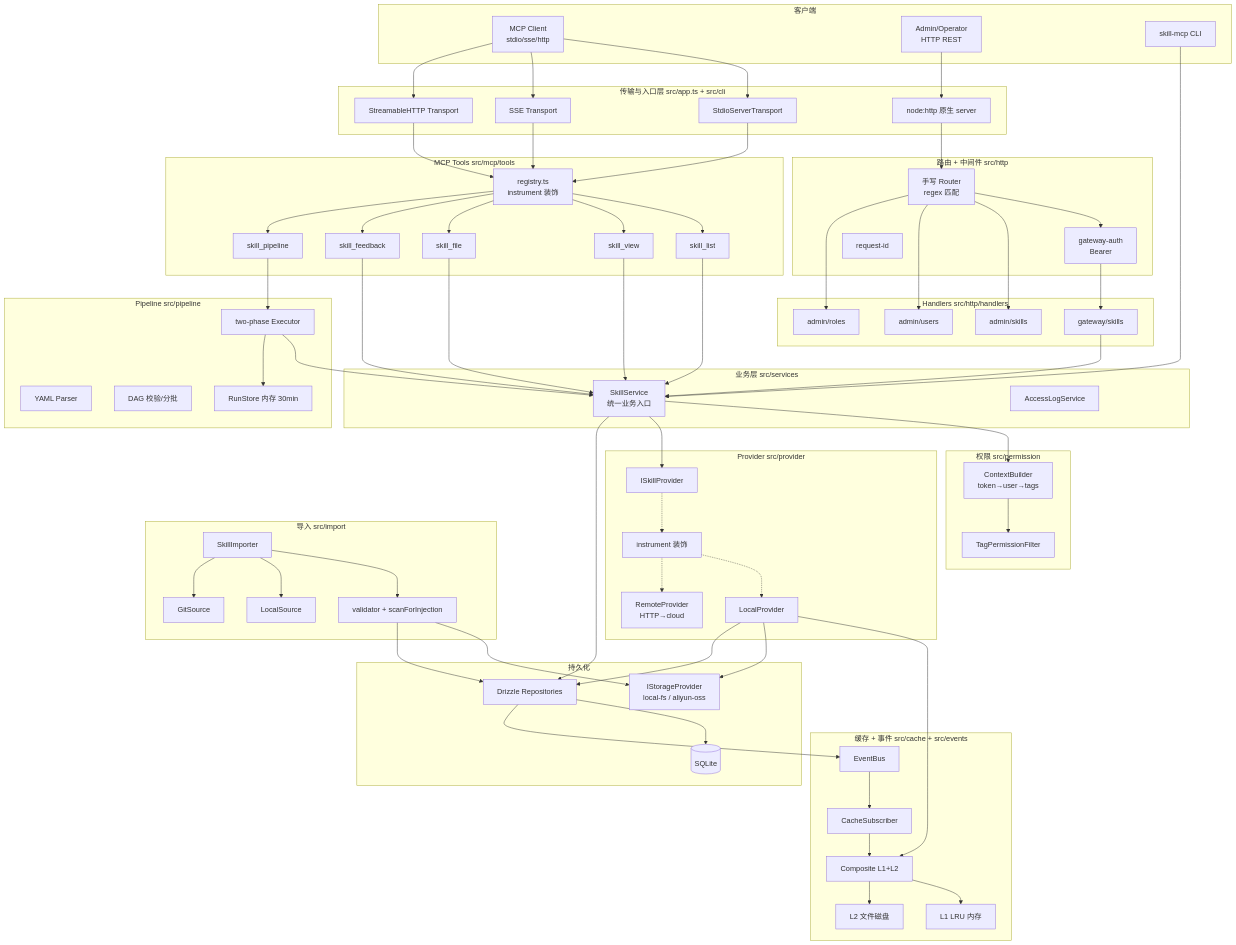
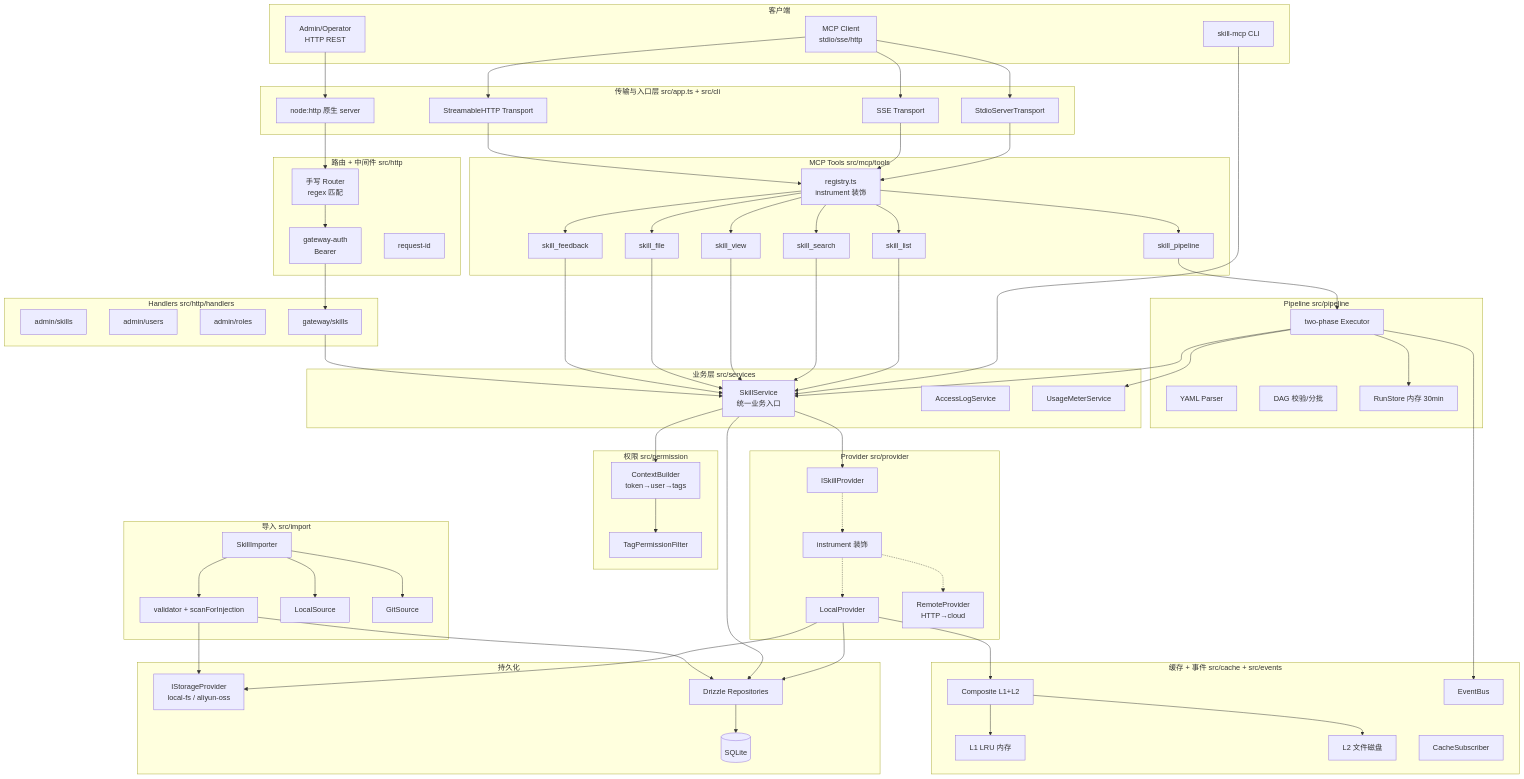
Before and after one commit to BeCrafter/skill-mcp: the first of 5 diagrams in docs/ARCHITECTURE.md, drawn with Mermaid. The commit also changed other lines of this file and 22 other files, not shown here.

````diff
--- a/docs/ARCHITECTURE.md
+++ b/docs/ARCHITECTURE.md
@@ -69,7 +69,8 @@
 
     subgraph "MCP Tools src/mcp/tools"
         REG[registry.ts<br/>instrument 装饰]
-        T1[skill_list]
+        T0[skill_list]
+        T1[skill_search]
         T2[skill_view]
         T3[skill_file]
         T4[skill_feedback]
@@ -86,6 +87,7 @@
     subgraph "业务层 src/services"
         SVC[SkillService<br/>统一业务入口]
         ALS[AccessLogService]
+        UMS[UsageMeterService]
     end
 
     subgraph "权限 src/permission"
@@ -136,9 +138,8 @@
     HTTPT --> REG
     HTTP --> RT
     RT --> AUTH --> GWS
-    RT --> ADMS & ADMU & ADMR
-    REG --> T1 & T2 & T3 & T4 & T5
-    T1 & T2 & T3 & T4 & GWS --> SVC
+    REG --> T0 & T1 & T2 & T3 & T4 & T5
+    T0 & T1 & T2 & T3 & T4 & GWS --> SVC
     T5 --> EXEC
     SVC --> CB --> TF
     SVC --> IP
@@ -150,7 +151,6 @@
     REPO --> DB
     IMP --> VAL --> STG & REPO
     IMP --> LSRC & GSRC
-    REPO --> EB --> CSUB --> COMP
-    EXEC --> SVC
+    EXEC --> SVC & EB & UMS
     EXEC --> RUN
 ```
````
